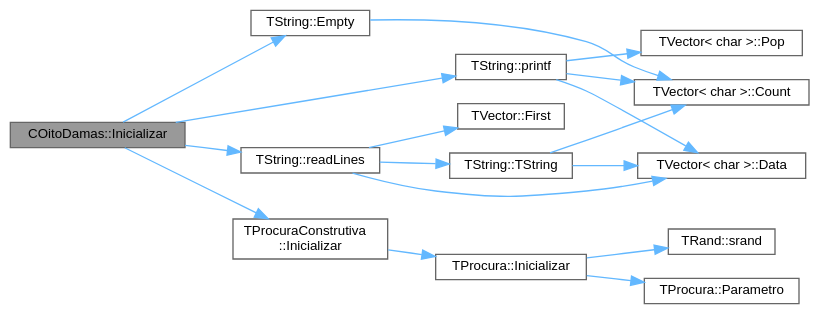
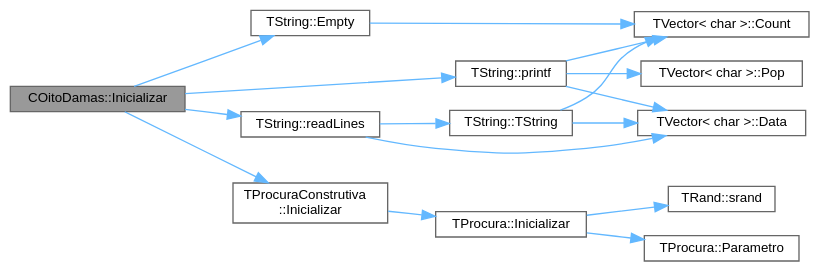
The diagram in classCOitoDamas_a48d0b8900af154394ad59db6d0d94214_cgraph.dot (jcoelho72/TProcura), drawn with Graphviz before and after one commit. The commit also changed 23 other files, not shown here.

```diff
--- a/classCOitoDamas_a48d0b8900af154394ad59db6d0d94214_cgraph.dot
+++ b/classCOitoDamas_a48d0b8900af154394ad59db6d0d94214_cgraph.dot
@@ -1,37 +1,35 @@
 digraph "COitoDamas::Inicializar"
 {
  // LATEX_PDF_SIZE
   bgcolor="transparent";
   edge [fontname=Helvetica,fontsize=10,labelfontname=Helvetica,labelfontsize=10];
   node [fontname=Helvetica,fontsize=10,shape=box,height=0.2,width=0.4];
   rankdir="LR";
   Node1 [id="Node000001",label="COitoDamas::Inicializar",height=0.2,width=0.4,color="gray40", fillcolor="grey60", style="filled", fontcolor="black",tooltip="Coloca o objecto no estado inicial da procura."];
   Node1 -> Node2 [id="edge1_Node000001_Node000002",color="steelblue1",style="solid",tooltip=" "];
   Node2 [id="Node000002",label="TString::Empty",height=0.2,width=0.4,color="grey40", fillcolor="white", style="filled",URL="$classTString.html#a8c4d6fec2dd3afac9a4f3442b786af33",tooltip=" "];
   Node2 -> Node3 [id="edge2_Node000002_Node000003",color="steelblue1",style="solid",tooltip=" "];
   Node3 [id="Node000003",label="TVector\< char \>::Count",height=0.2,width=0.4,color="grey40", fillcolor="white", style="filled",URL="$classTVector.html#ac3c744d84543ca6e32859eb7dfccfeef",tooltip=" "];
   Node1 -> Node4 [id="edge3_Node000001_Node000004",color="steelblue1",style="solid",tooltip=" "];
   Node4 [id="Node000004",label="TProcuraConstrutiva\l::Inicializar",height=0.2,width=0.4,color="grey40", fillcolor="white", style="filled",URL="$group__RedefinicaoMandatoria.html#ga2eabd047192d429686aeadf549136d44",tooltip="Coloca o objecto no estado inicial da procura."];
   Node4 -> Node5 [id="edge4_Node000004_Node000005",color="steelblue1",style="solid",tooltip=" "];
   Node5 [id="Node000005",label="TProcura::Inicializar",height=0.2,width=0.4,color="grey40", fillcolor="white", style="filled",URL="$classTProcura.html#a1af0e64ed79d99972d8d48fadf839f43",tooltip="Coloca o objecto no estado inicial da procura."];
   Node5 -> Node6 [id="edge5_Node000005_Node000006",color="steelblue1",style="solid",tooltip=" "];
   Node6 [id="Node000006",label="TProcura::Parametro",height=0.2,width=0.4,color="grey40", fillcolor="white", style="filled",URL="$classTProcura.html#a0e9e692f29af8a5d5279a8647c800437",tooltip=" "];
   Node5 -> Node7 [id="edge6_Node000005_Node000007",color="steelblue1",style="solid",tooltip=" "];
   Node7 [id="Node000007",label="TRand::srand",height=0.2,width=0.4,color="grey40", fillcolor="white", style="filled",URL="$namespaceTRand.html#ad0b319d6f58ab6820b001b4e3d3ae245",tooltip="Inicializa a semente da geração pseudo-aleatória."];
   Node1 -> Node8 [id="edge7_Node000001_Node000008",color="steelblue1",style="solid",tooltip=" "];
   Node8 [id="Node000008",label="TString::printf",height=0.2,width=0.4,color="grey40", fillcolor="white", style="filled",URL="$classTString.html#a4b9a718839325a0e057bc6e2483d3f17",tooltip=" "];
   Node8 -> Node3 [id="edge8_Node000008_Node000003",color="steelblue1",style="solid",tooltip=" "];
   Node8 -> Node9 [id="edge9_Node000008_Node000009",color="steelblue1",style="solid",tooltip=" "];
   Node9 [id="Node000009",label="TVector\< char \>::Data",height=0.2,width=0.4,color="grey40", fillcolor="white", style="filled",URL="$classTVector.html#addd572d70b587092fddc21a8b0f53120",tooltip="Acesso direto."];
   Node8 -> Node10 [id="edge10_Node000008_Node000010",color="steelblue1",style="solid",tooltip=" "];
   Node10 [id="Node000010",label="TVector\< char \>::Pop",height=0.2,width=0.4,color="grey40", fillcolor="white", style="filled",URL="$classTVector.html#a3249913626d54e46b07e168ce1f05d87",tooltip=" "];
   Node1 -> Node11 [id="edge11_Node000001_Node000011",color="steelblue1",style="solid",tooltip=" "];
   Node11 [id="Node000011",label="TString::readLines",height=0.2,width=0.4,color="grey40", fillcolor="white", style="filled",URL="$classTString.html#ae7b848f7e090aae31886c8fd535e1055",tooltip=" "];
   Node11 -> Node9 [id="edge12_Node000011_Node000009",color="steelblue1",style="solid",tooltip=" "];
   Node11 -> Node12 [id="edge13_Node000011_Node000012",color="steelblue1",style="solid",tooltip=" "];
-  Node12 [id="Node000012",label="TVector::First",height=0.2,width=0.4,color="grey40", fillcolor="white", style="filled",URL="$classTVector.html#a05f29646493d42f3c77081b6031d70e5",tooltip=" "];
-  Node11 -> Node13 [id="edge14_Node000011_Node000013",color="steelblue1",style="solid",tooltip=" "];
-  Node13 [id="Node000013",label="TString::TString",height=0.2,width=0.4,color="grey40", fillcolor="white", style="filled",URL="$classTString.html#a2fb70d94c8fdba6d90145a01aec1ce3f",tooltip=" "];
-  Node13 -> Node3 [id="edge15_Node000013_Node000003",color="steelblue1",style="solid",tooltip=" "];
-  Node13 -> Node9 [id="edge16_Node000013_Node000009",color="steelblue1",style="solid",tooltip=" "];
+  Node12 [id="Node000012",label="TString::TString",height=0.2,width=0.4,color="grey40", fillcolor="white", style="filled",URL="$classTString.html#a2fb70d94c8fdba6d90145a01aec1ce3f",tooltip=" "];
+  Node12 -> Node3 [id="edge14_Node000012_Node000003",color="steelblue1",style="solid",tooltip=" "];
+  Node12 -> Node9 [id="edge15_Node000012_Node000009",color="steelblue1",style="solid",tooltip=" "];
 }
```
